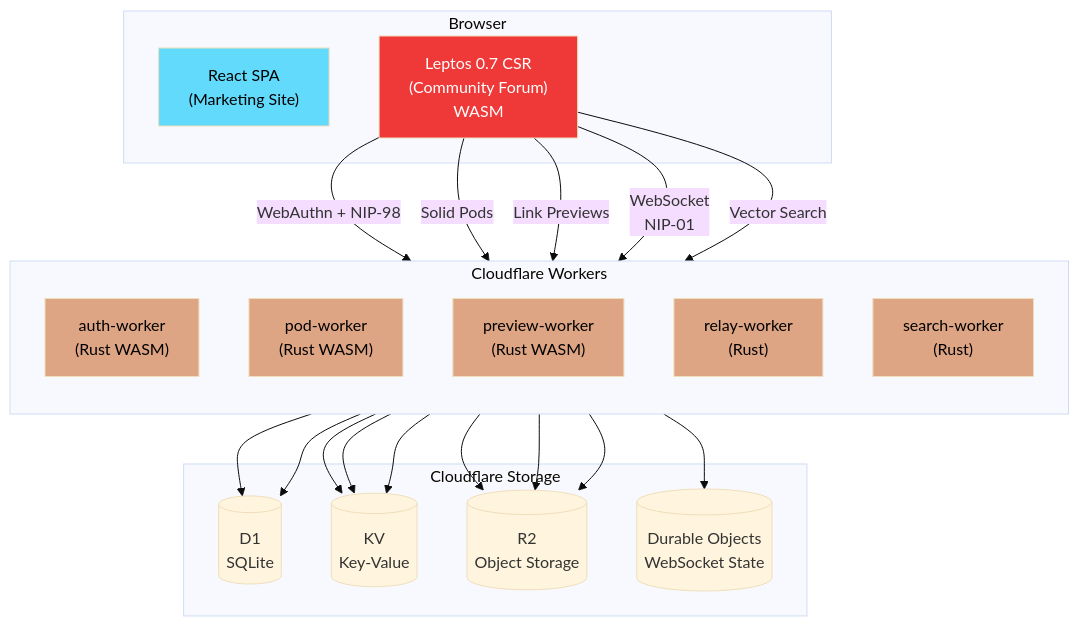
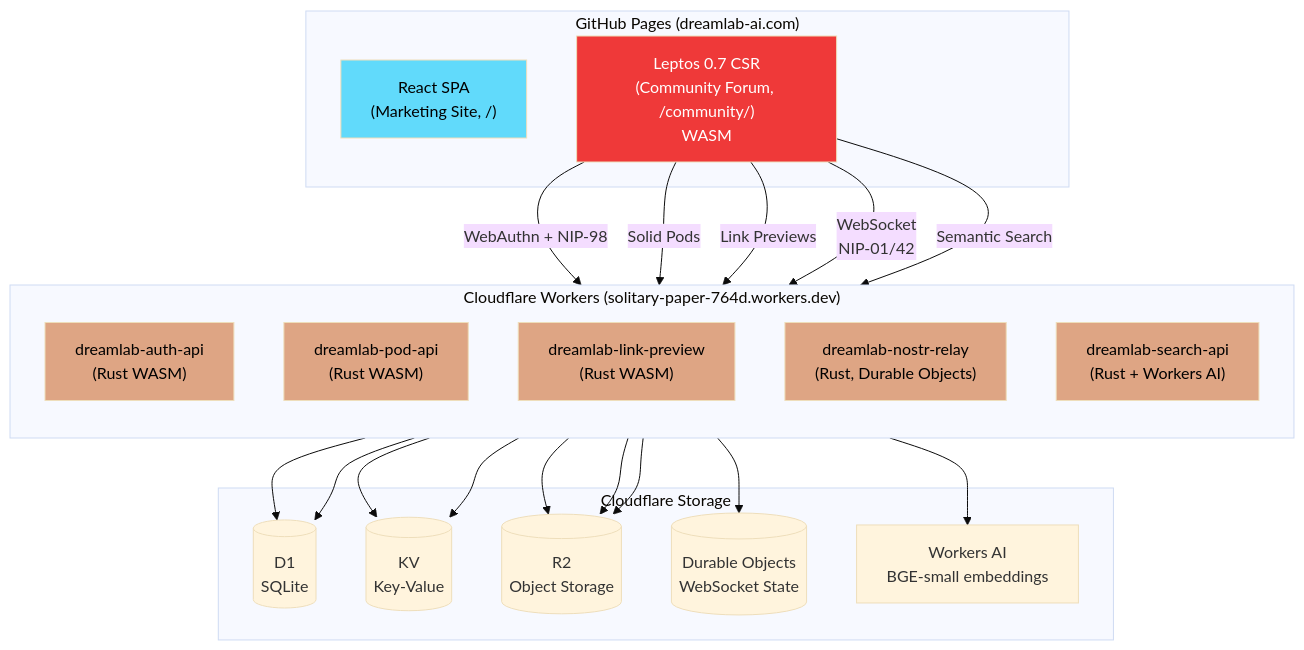
One commit to DreamLab-AI/dreamlab-ai-website changed the second of 4 diagrams in README.md. Above: the diagram before and after it, drawn with Mermaid (base theme). The commit also changed other lines of this file and 5 other files, not shown here.

````diff
--- a/README.md
+++ b/README.md
@@ -49,47 +70,48 @@
 ```mermaid
 graph TB
-    subgraph "Browser"
-        REACT["React SPA<br/>(Marketing Site)"]
-        LEPTOS["Leptos 0.7 CSR<br/>(Community Forum)<br/>WASM"]
+    subgraph "GitHub Pages (dreamlab-ai.com)"
+        REACT["React SPA<br/>(Marketing Site, /)"]
+        LEPTOS["Leptos 0.7 CSR<br/>(Community Forum, /community/)<br/>WASM"]
     end
 
-    subgraph "Cloudflare Workers"
+    subgraph "Cloudflare Workers (solitary-paper-764d.workers.dev)"
         direction TB
-        AUTH["auth-worker<br/>(Rust WASM)"]
-        POD["pod-worker<br/>(Rust WASM)"]
-        PREVIEW["preview-worker<br/>(Rust WASM)"]
-        RELAY["relay-worker<br/>(Rust)"]
-        SEARCH["search-worker<br/>(Rust)"]
+        AUTH["dreamlab-auth-api<br/>(Rust WASM)"]
+        POD["dreamlab-pod-api<br/>(Rust WASM)"]
+        PREVIEW["dreamlab-link-preview<br/>(Rust WASM)"]
+        RELAY["dreamlab-nostr-relay<br/>(Rust, Durable Objects)"]
+        SEARCH["dreamlab-search-api<br/>(Rust + Workers AI)"]
     end
 
     subgraph "Cloudflare Storage"
         D1[(D1<br/>SQLite)]
         KV[(KV<br/>Key-Value)]
         R2[(R2<br/>Object Storage)]
         DO[(Durable Objects<br/>WebSocket State)]
+        AI["Workers AI<br/>BGE-small embeddings"]
     end
 
     LEPTOS -- "WebAuthn + NIP-98" --> AUTH
     LEPTOS -- "Solid Pods" --> POD
     LEPTOS -- "Link Previews" --> PREVIEW
-    LEPTOS -- "WebSocket<br/>NIP-01" --> RELAY
-    LEPTOS -- "Vector Search" --> SEARCH
+    LEPTOS -- "WebSocket<br/>NIP-01/42" --> RELAY
+    LEPTOS -- "Semantic Search" --> SEARCH
 
     AUTH --> D1
     AUTH --> KV
     AUTH --> R2
     RELAY --> D1
     RELAY --> DO
     POD --> R2
     POD --> KV
     SEARCH --> R2
-    SEARCH --> KV
+    SEARCH --> AI
 
     style REACT fill:#61DAFB,color:#000
     style LEPTOS fill:#ef3939,color:#fff
     style AUTH fill:#dea584,color:#000
     style POD fill:#dea584,color:#000
     style PREVIEW fill:#dea584,color:#000
     style RELAY fill:#dea584,color:#000
     style SEARCH fill:#dea584,color:#000
 ```
````
